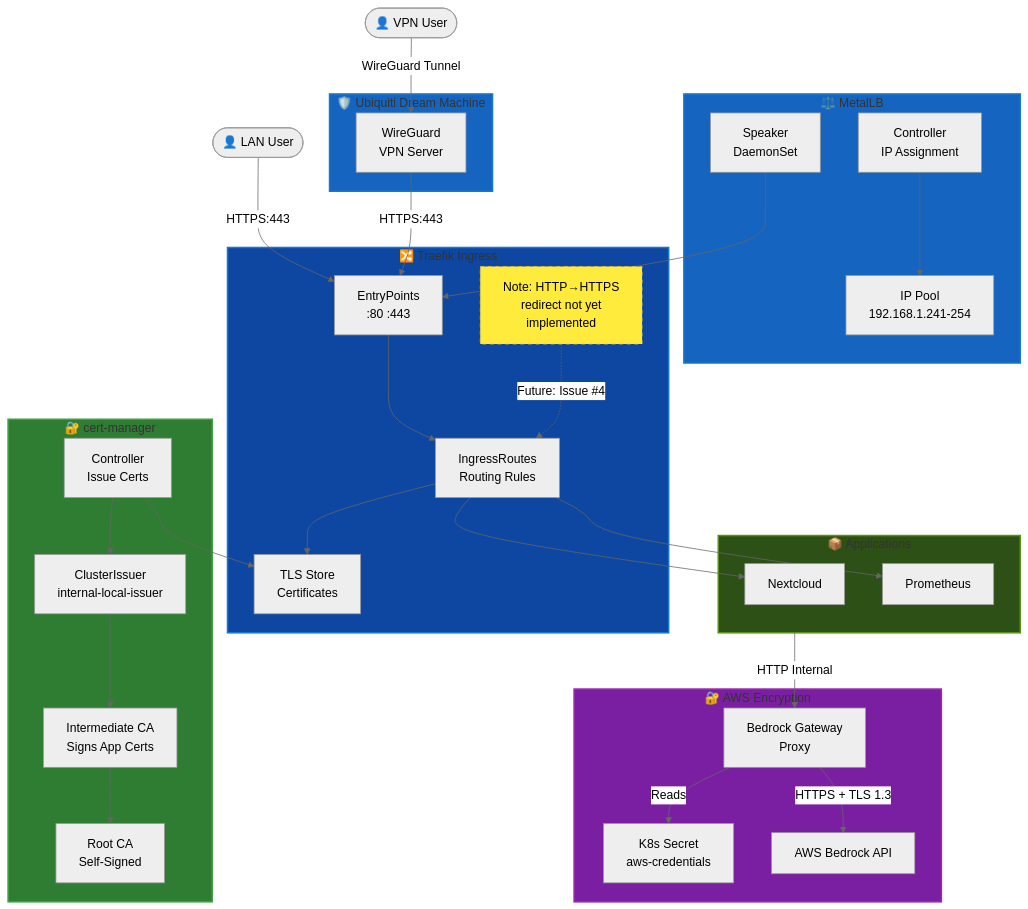
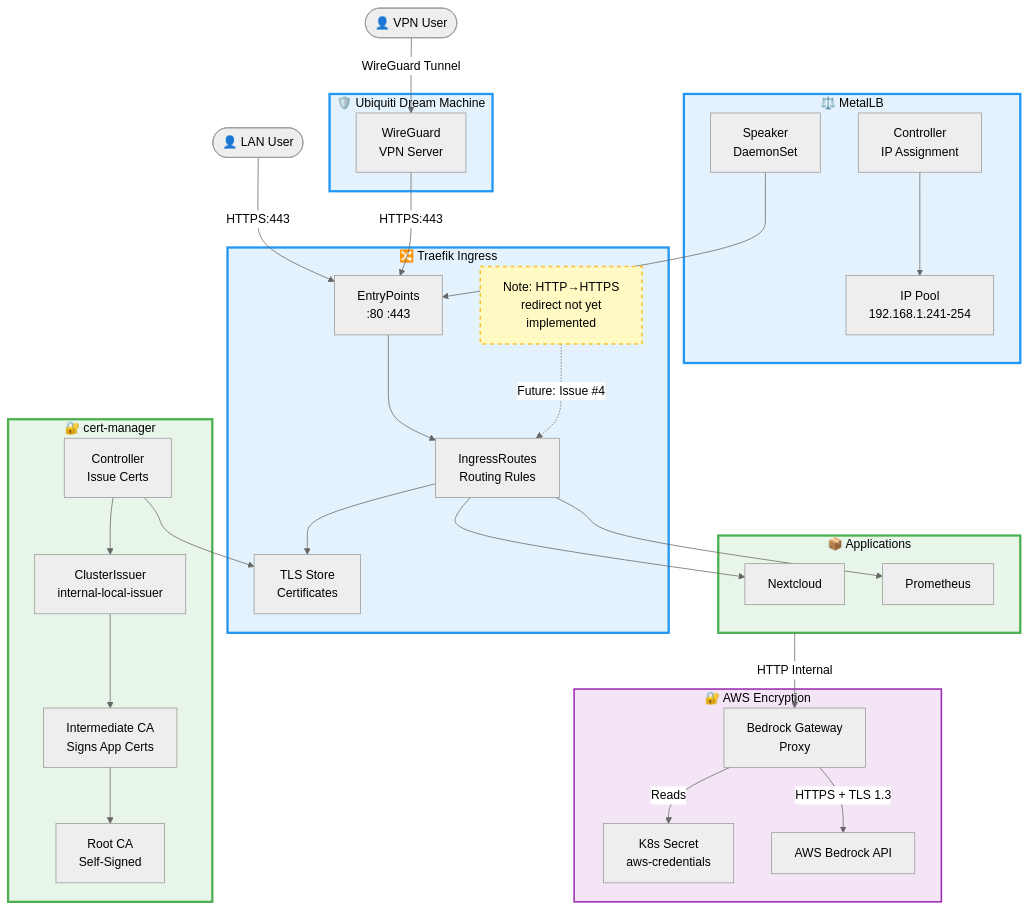
The fifth of 6 diagrams in docs/wiki/02-Architecture.md (seadogger-tech/seadogger-homelab), drawn with Mermaid (neutral theme) before and after one commit. The commit also changed other lines of this file and 1 other file, not shown here.

First line of the commit message:
Update all Mermaid diagram colors for light/dark mode compatibility

````diff
--- a/docs/wiki/02-Architecture.md
+++ b/docs/wiki/02-Architecture.md
@@ -303,71 +303,71 @@
 ```mermaid
 graph TB
     LAN([👤 LAN User])
     VPN([👤 VPN User])
 
     subgraph UDM["🛡️ Ubiquiti Dream Machine"]
         WG[WireGuard<br/>VPN Server]
     end
 
     subgraph MetalLB["⚖️ MetalLB"]
         Speaker[Speaker<br/>DaemonSet]
         Controller[Controller<br/>IP Assignment]
         IPPool[IP Pool<br/>192.168.1.241-254]
     end
 
     subgraph Traefik["🔀 Traefik Ingress"]
         EntryPoint[EntryPoints<br/>:80 :443]
         Router[IngressRoutes<br/>Routing Rules]
         TLSStore[TLS Store<br/>Certificates]
         Note1[Note: HTTP→HTTPS<br/>redirect not yet<br/>implemented]
     end
 
     subgraph CertManager["🔐 cert-manager"]
         CMController[Controller<br/>Issue Certs]
         Issuer[ClusterIssuer<br/>internal-local-issuer]
         RootCA[Root CA<br/>Self-Signed]
         IntermediateCA[Intermediate CA<br/>Signs App Certs]
     end
 
     subgraph Apps["📦 Applications"]
         Nextcloud[Nextcloud]
         Prometheus[Prometheus]
     end
 
     subgraph Encryption["🔐 AWS Encryption"]
         Secret[K8s Secret<br/>aws-credentials]
         BG[Bedrock Gateway<br/>Proxy]
         AWS[AWS Bedrock API]
     end
 
     LAN -->|HTTPS:443| EntryPoint
     VPN -->|WireGuard Tunnel| WG
     WG -->|HTTPS:443| EntryPoint
 
     Controller --> IPPool
     Speaker --> EntryPoint
 
     EntryPoint --> Router
     Router --> TLSStore
     Router --> Nextcloud
     Router --> Prometheus
 
     Note1 -.->|Future: Issue #4| Router
 
     CMController --> Issuer
     Issuer --> IntermediateCA
     IntermediateCA --> RootCA
     CMController --> TLSStore
 
     Apps -->|HTTP Internal| BG
     BG -->|Reads| Secret
     BG -->|HTTPS + TLS 1.3| AWS
 
-    style UDM fill:#1565c0,stroke:#1976d2,stroke-width:2px
-    style MetalLB fill:#1565c0,stroke:#1976d2,stroke-width:2px
-    style Traefik fill:#0d47a1,stroke:#1976d2,stroke-width:2px
-    style CertManager fill:#2e7d32,stroke:#43a047,stroke-width:2px
-    style Apps fill:#2d5016,stroke:#5a9216,stroke-width:2px
-    style Encryption fill:#7b1fa2,stroke:#9c27b0,stroke-width:2px
-    style Note1 fill:#ffeb3b,stroke:#fbc02d,color:#000,stroke-dasharray: 5 5
+    style UDM fill:#e3f2fd,stroke:#2196f3,stroke-width:3px,color:#000
+    style MetalLB fill:#e3f2fd,stroke:#2196f3,stroke-width:3px,color:#000
+    style Traefik fill:#e3f2fd,stroke:#2196f3,stroke-width:3px,color:#000
+    style CertManager fill:#e8f5e9,stroke:#4caf50,stroke-width:3px,color:#000
+    style Apps fill:#e8f5e9,stroke:#4caf50,stroke-width:3px,color:#000
+    style Encryption fill:#f3e5f5,stroke:#9c27b0,stroke-width:2px,color:#000
+    style Note1 fill:#fff9c4,stroke:#fbc02d,stroke-width:2px,color:#000,stroke-dasharray: 5 5
 ```
````
